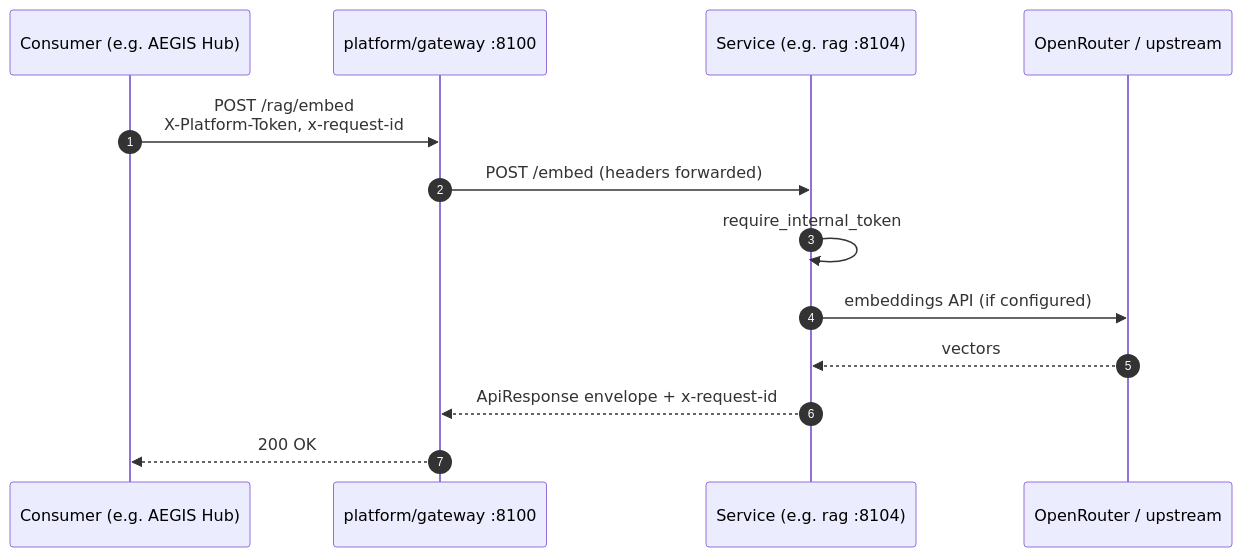
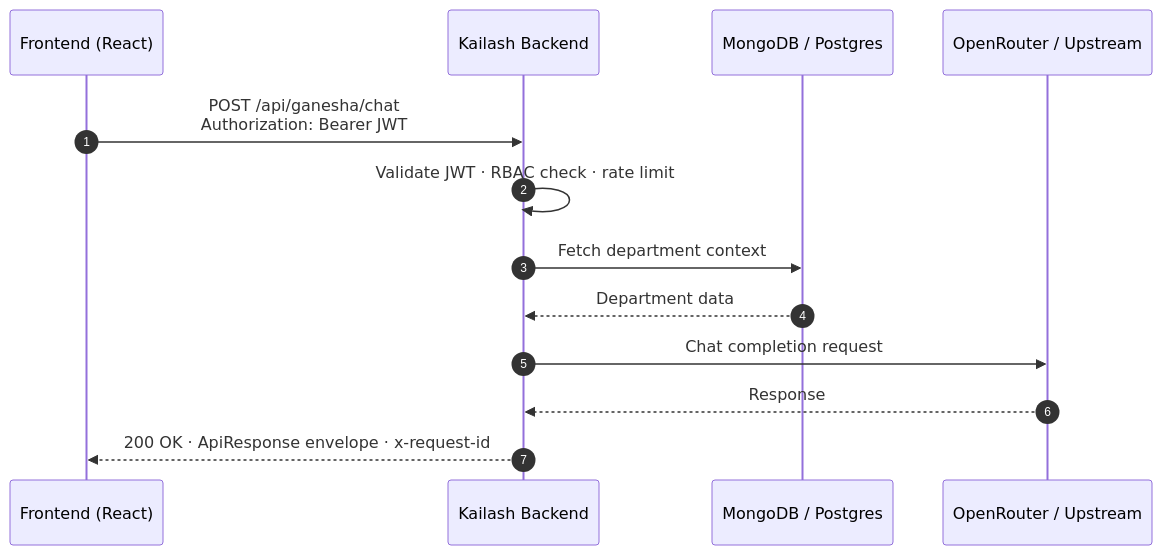
Before and after one commit to flywithvvk/kailash: the diagram in ARCHITECTURE.md, drawn with Mermaid. The commit also changed other lines of this file and 1315 other files, not shown here.

First line of the commit message:
refactor: consolidate into single backend and single frontend

````diff
--- a/ARCHITECTURE.md
+++ b/ARCHITECTURE.md
@@ -48,16 +40,16 @@
 ```mermaid
 sequenceDiagram
   autonumber
-  participant C as Consumer (e.g. AEGIS Hub)
-  participant G as platform/gateway :8100
-  participant S as Service (e.g. rag :8104)
-  participant P as OpenRouter / upstream
+  participant F as Frontend (React)
+  participant B as Kailash Backend
+  participant DB as MongoDB / Postgres
+  participant AI as OpenRouter / Upstream
 
-  C->>G: POST /rag/embed<br/>X-Platform-Token, x-request-id
-  G->>S: POST /embed (headers forwarded)
-  S->>S: require_internal_token
-  S->>P: embeddings API (if configured)
-  P-->>S: vectors
-  S-->>G: ApiResponse envelope + x-request-id
-  G-->>C: 200 OK
+  F->>B: POST /api/ganesha/chat<br/>Authorization: Bearer JWT
+  B->>B: Validate JWT · RBAC check · rate limit
+  B->>DB: Fetch department context
+  DB-->>B: Department data
+  B->>AI: Chat completion request
+  AI-->>B: Response
+  B-->>F: 200 OK · ApiResponse envelope · x-request-id
 ```
````
